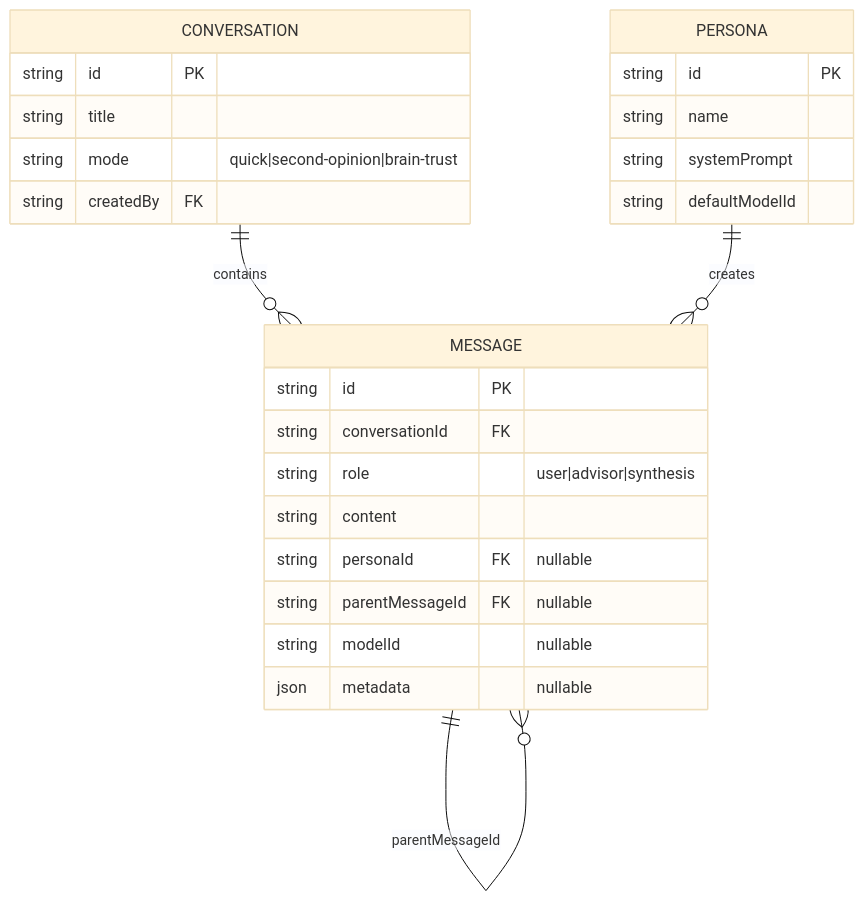
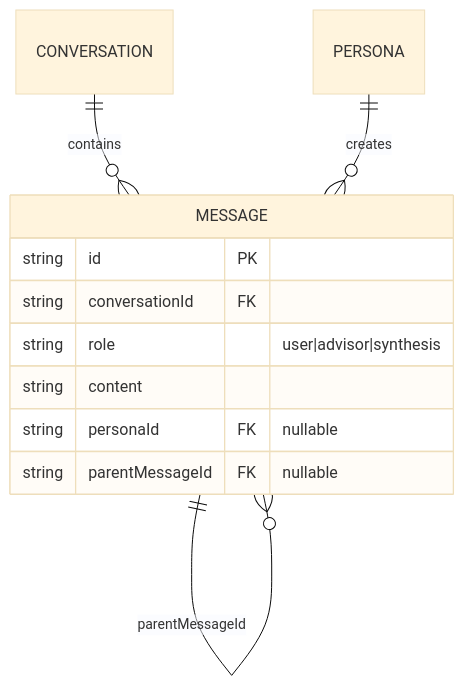
Before and after one commit to danlourenco/ai-council: the fourth of 4 diagrams in docs/brain-trust.md, drawn with Mermaid (base theme). The commit also changed other lines of this file and 5 other files, not shown here.

````diff
--- a/docs/brain-trust.md
+++ b/docs/brain-trust.md
@@ -415,31 +369,15 @@
 ```mermaid
 erDiagram
     CONVERSATION ||--o{ MESSAGE : contains
     MESSAGE ||--o{ MESSAGE : "parentMessageId"
     PERSONA ||--o{ MESSAGE : creates
-
-    CONVERSATION {
-        string id PK
-        string title
-        string mode "quick|second-opinion|brain-trust"
-        string createdBy FK
-    }
 
     MESSAGE {
         string id PK
         string conversationId FK
         string role "user|advisor|synthesis"
         string content
         string personaId FK "nullable"
         string parentMessageId FK "nullable"
-        string modelId "nullable"
-        json metadata "nullable"
-    }
-
-    PERSONA {
-        string id PK
-        string name
-        string systemPrompt
-        string defaultModelId
     }
 ```
````
